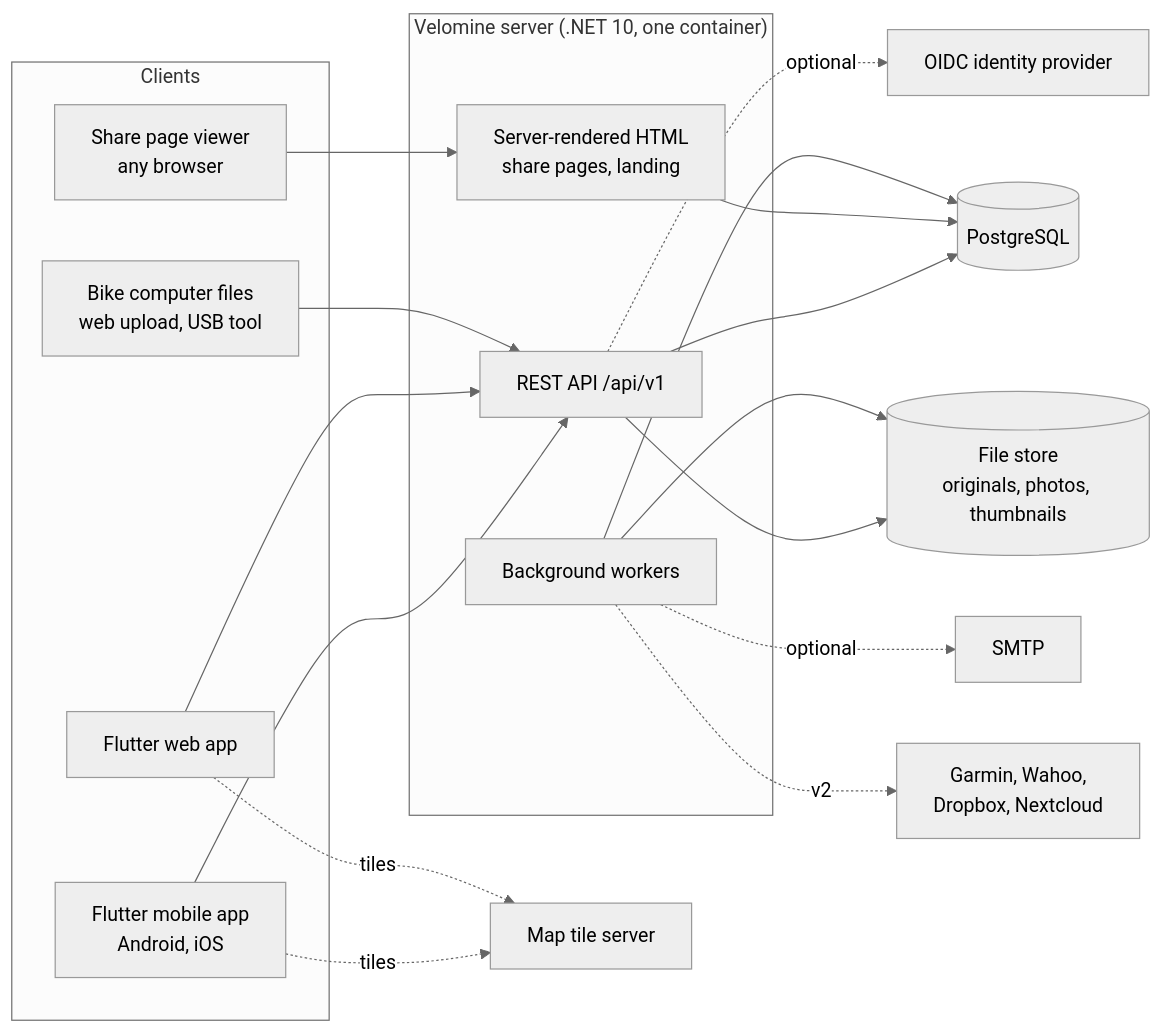
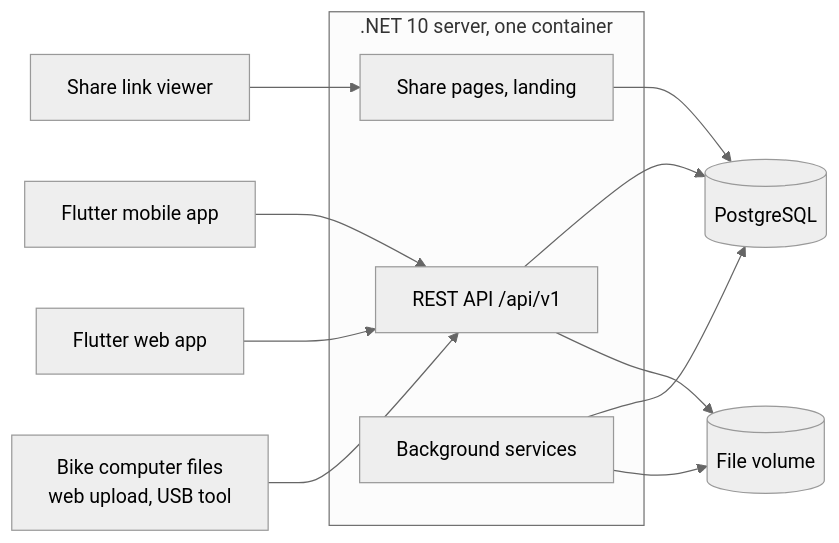
One commit to zenkraker/Velomine changed the first of 4 diagrams in docs/architecture.md. Above: the diagram before and after it, drawn with Mermaid (neutral theme). The commit also changed other lines of this file and 7 other files, not shown here.

First line of the commit message:
Simplify architecture: vertical slices, FastEndpoints, in-server jobs

````diff
--- a/docs/architecture.md
+++ b/docs/architecture.md
@@ -18,34 +18,19 @@
 ```mermaid
 flowchart LR
-  subgraph Clients
-    M[Flutter mobile app<br/>Android, iOS]
-    W[Flutter web app]
-    S[Share page viewer<br/>any browser]
-    B[Bike computer files<br/>web upload, USB tool]
+  M[Flutter mobile app] --> API
+  W[Flutter web app] --> API
+  U[Bike computer files<br/>web upload, USB tool] --> API
+  V[Share link viewer] --> HTML
+
+  subgraph Server[".NET 10 server, one container"]
+    API[REST API /api/v1]
+    HTML[Share pages, landing]
+    BG[Background services]
   end
 
-  subgraph Server["Velomine server (.NET 10, one container)"]
-    API[REST API /api/v1]
-    HTML[Server-rendered HTML<br/>share pages, landing]
-    JOBS[Background workers]
-  end
-
-  DB[(PostgreSQL)]
-  FS[(File store<br/>originals, photos, thumbnails)]
-
-  M --> API
-  W --> API
-  B --> API
-  S --> HTML
-  API --> DB
+  API --> DB[(PostgreSQL)]
   HTML --> DB
-  JOBS --> DB
-  API --> FS
-  JOBS --> FS
-
-  JOBS -. optional .-> SMTP[SMTP]
-  API -. optional .-> IDP[OIDC identity provider]
-  M -. tiles .-> TILES[Map tile server]
-  W -. tiles .-> TILES
-  JOBS -. v2 .-> CON[Garmin, Wahoo,<br/>Dropbox, Nextcloud]
+  BG --> DB
+  API --> FS[(File volume)]
+  BG --> FS
 ```
````
